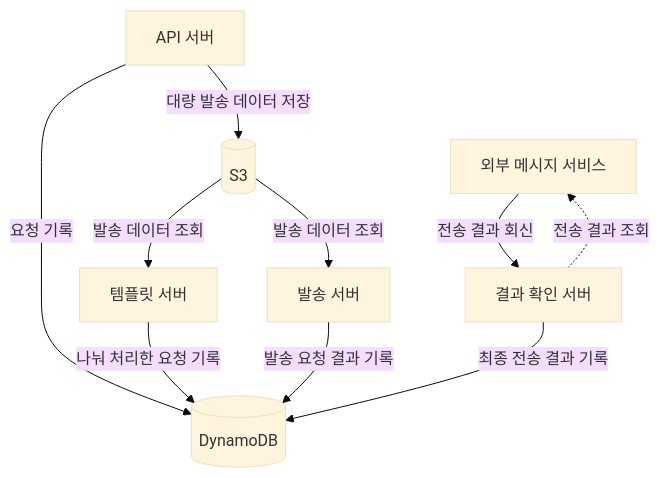
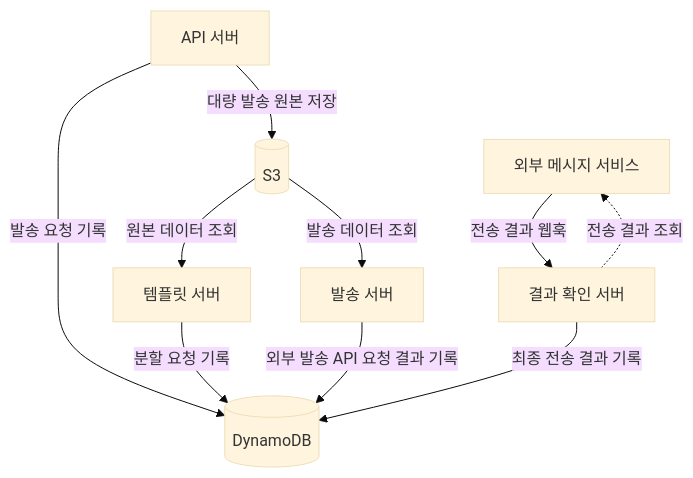
One commit to KimHG1995/work-history changed the third of 3 diagrams in projects/education-services/notifications.md. Above: the diagram before and after it, drawn with Mermaid (base theme). The commit also changed other lines of this file, not shown here.

Commit message:
docs: clarify notification storage and delivery result flow

````diff
--- a/projects/education-services/notifications.md
+++ b/projects/education-services/notifications.md
@@ -141,14 +141,14 @@
 ```mermaid
 flowchart TB
-    api["API 서버"] -->|대량 발송 데이터 저장| s3[("S3")]
-    s3 -->|발송 데이터 조회| template["템플릿 서버"]
+    api["API 서버"] -->|대량 발송 원본 저장| s3[("S3")]
+    api -->|발송 요청 기록| db[("DynamoDB")]
+
+    s3 -->|원본 데이터 조회| template["템플릿 서버"]
     s3 -->|발송 데이터 조회| sender["발송 서버"]
+    template -->|분할 요청 기록| db
+    sender -->|외부 발송 API 요청 결과 기록| db
 
-    api -->|요청 기록| db[("DynamoDB")]
-    template -->|나눠 처리한 요청 기록| db
-    sender -->|발송 요청 결과 기록| db
-
-    provider["외부 메시지 서비스"] -->|전송 결과 회신| ack["결과 확인 서버"]
+    provider["외부 메시지 서비스"] -->|전송 결과 웹훅| ack["결과 확인 서버"]
     ack -.->|전송 결과 조회| provider
     ack -->|최종 전송 결과 기록| db
 ```
````
